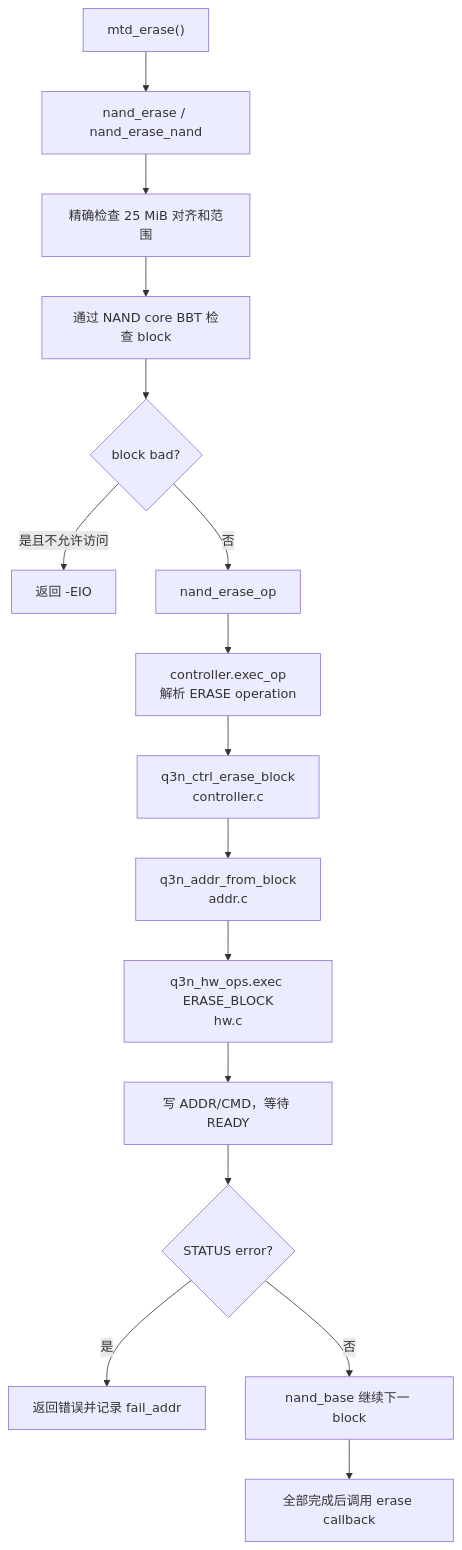
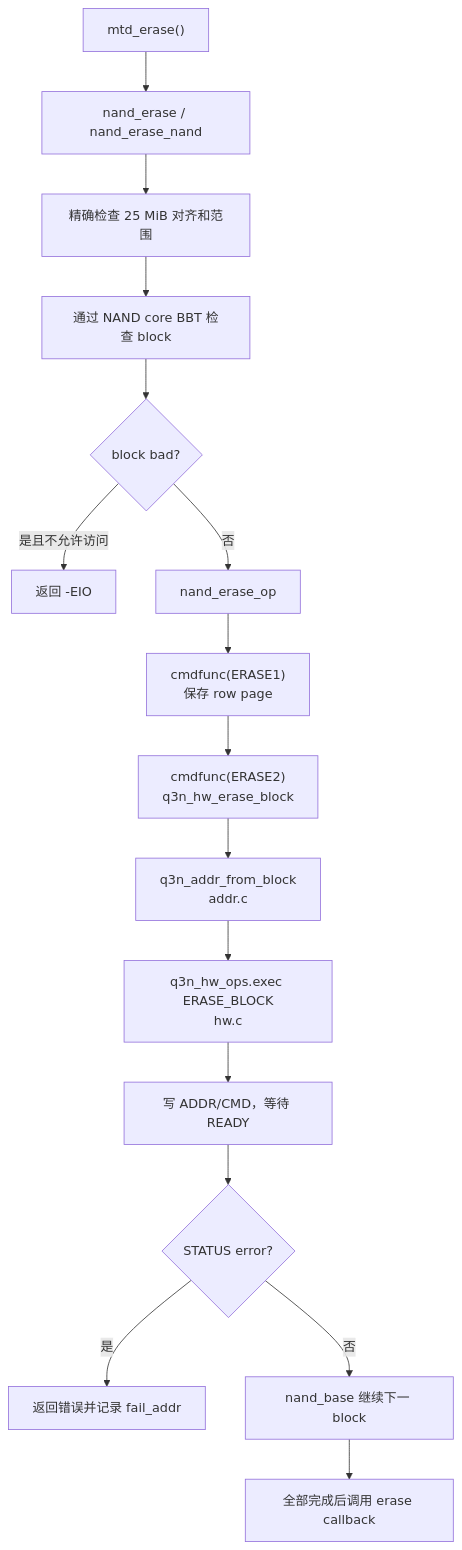
Before and after one commit to avenstar65/3dnand_test: the seventh of 10 diagrams in docs/superpowers/specs/2026-07-28-q3n-nand-core-ecc-read-retry-design.md, drawn with Mermaid. The commit also changed other lines of this file and 5 other files, not shown here.

````diff
--- a/docs/superpowers/specs/2026-07-28-q3n-nand-core-ecc-read-retry-design.md
+++ b/docs/superpowers/specs/2026-07-28-q3n-nand-core-ecc-read-retry-design.md
@@ -857,18 +859,18 @@
 ```mermaid
 flowchart TD
     A["mtd_erase()"] --> B["nand_erase / nand_erase_nand"]
     B --> C["精确检查 25 MiB 对齐和范围"]
     C --> D["通过 NAND core BBT 检查 block"]
     D --> E{"block bad?"}
     E -- "是且不允许访问" --> F["返回 -EIO"]
     E -- "否" --> G["nand_erase_op"]
-    G --> H["controller.exec_op<br/>解析 ERASE operation"]
-    H --> I["q3n_ctrl_erase_block<br/>controller.c"]
+    G --> H["cmdfunc(ERASE1)<br/>保存 row page"]
+    H --> I["cmdfunc(ERASE2)<br/>q3n_hw_erase_block"]
     I --> J["q3n_addr_from_block<br/>addr.c"]
     J --> K["q3n_hw_ops.exec ERASE_BLOCK<br/>hw.c"]
     K --> L["写 ADDR/CMD，等待 READY"]
     L --> M{"STATUS error?"}
     M -- "是" --> N["返回错误并记录 fail_addr"]
     M -- "否" --> O["nand_base 继续下一 block"]
     O --> P["全部完成后调用 erase callback"]
 ```
````
